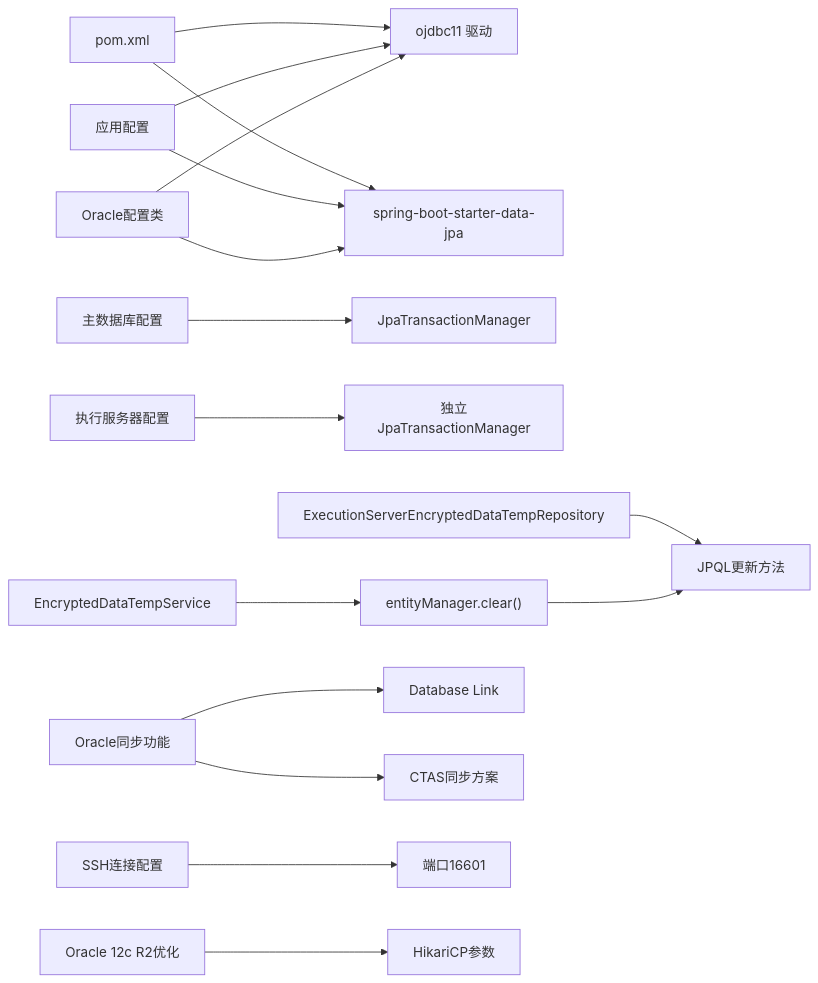
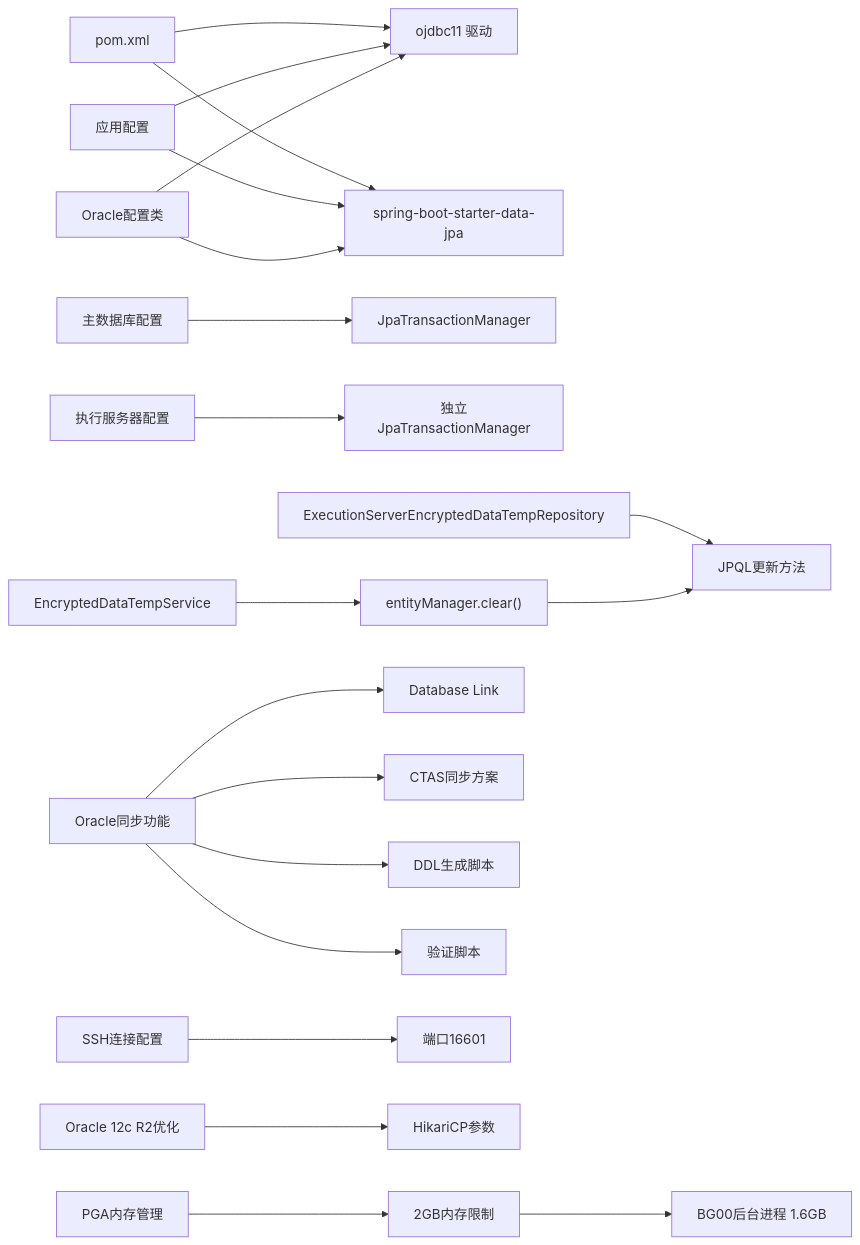
One commit to liuzh2008/med_ai_assistant_workspace changed the fourth of 4 diagrams in .qoder/repowiki/zh/content/配置管理/数据库配置.md. Above: the diagram before and after it, drawn with Mermaid. The commit also changed other lines of this file and 9 other files, not shown here.

````diff
--- a/.qoder/repowiki/zh/content/配置管理/数据库配置.md
+++ b/.qoder/repowiki/zh/content/配置管理/数据库配置.md
@@ -680,18 +745,22 @@
 ```mermaid
 graph LR
 POM["pom.xml"] --> OJ["ojdbc11 驱动"]
 POM --> JPA["spring-boot-starter-data-jpa"]
 APP["应用配置"] --> OJ
 APP --> JPA
 CONFIG["Oracle配置类"] --> OJ
 CONFIG --> JPA
 DB_CONFIG["主数据库配置"] --> TXN["JpaTransactionManager"]
 EXEC_CONFIG["执行服务器配置"] --> EXEC_TXN["独立JpaTransactionManager"]
 SERVICE["EncryptedDataTempService"] --> CACHE["entityManager.clear()"]
 REPO["ExecutionServerEncryptedDataTempRepository"] --> JPQL["JPQL更新方法"]
 CACHE --> JPQL
 SYNC["Oracle同步功能"] --> DB_LINK["Database Link"]
 SYNC --> CTAS["CTAS同步方案"]
+SYNC --> DDL_GEN["DDL生成脚本"]
+SYNC --> VERIFY["验证脚本"]
 SSH["SSH连接配置"] --> ORACLE_PORT["端口16601"]
 ORA_12C["Oracle 12c R2优化"] --> HIKARI["HikariCP参数"]
+PGA["PGA内存管理"] --> FREE_LIMIT["2GB内存限制"]
+FREE_LIMIT --> BG00["BG00后台进程 1.6GB"]
 ```
````
